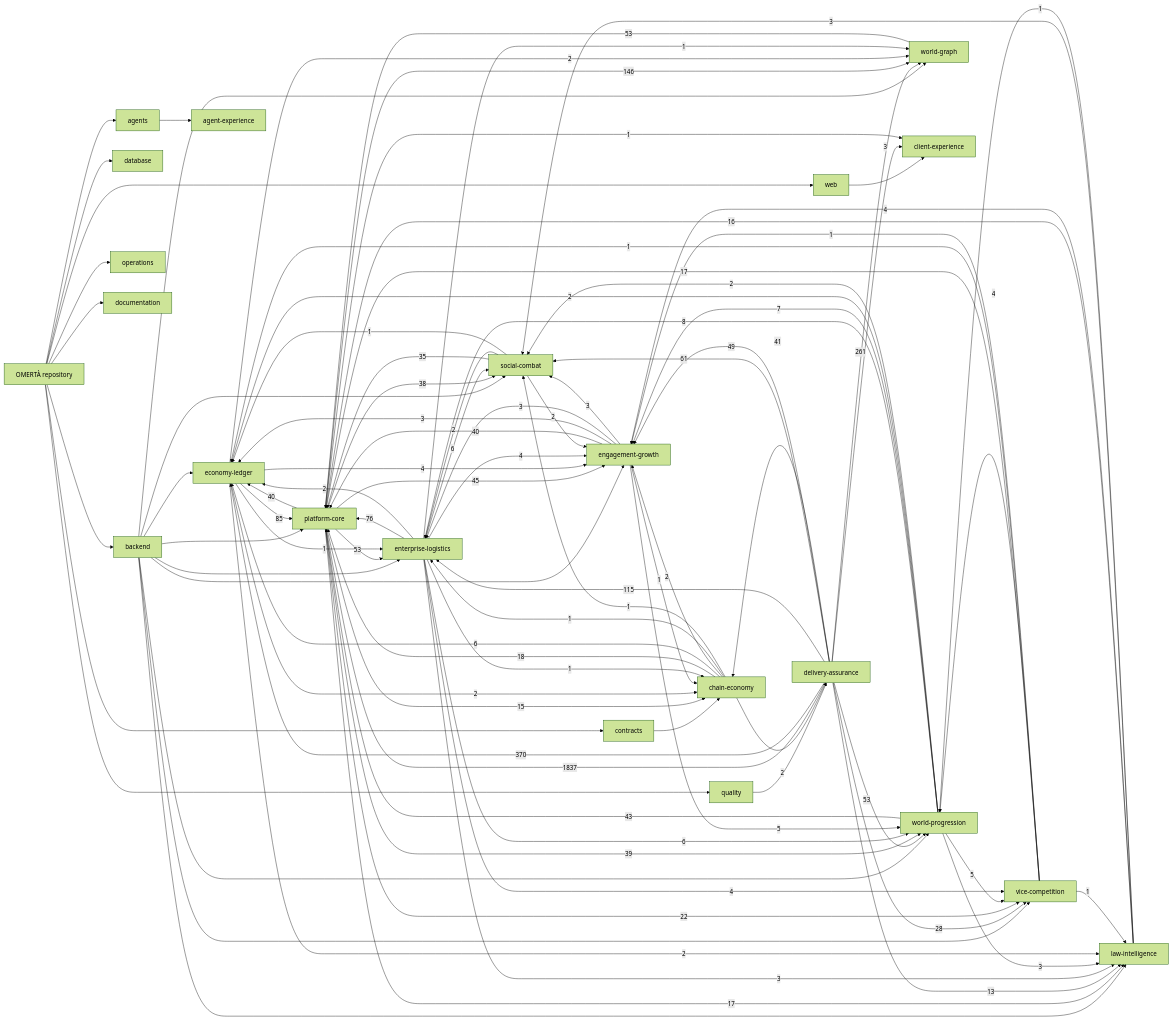
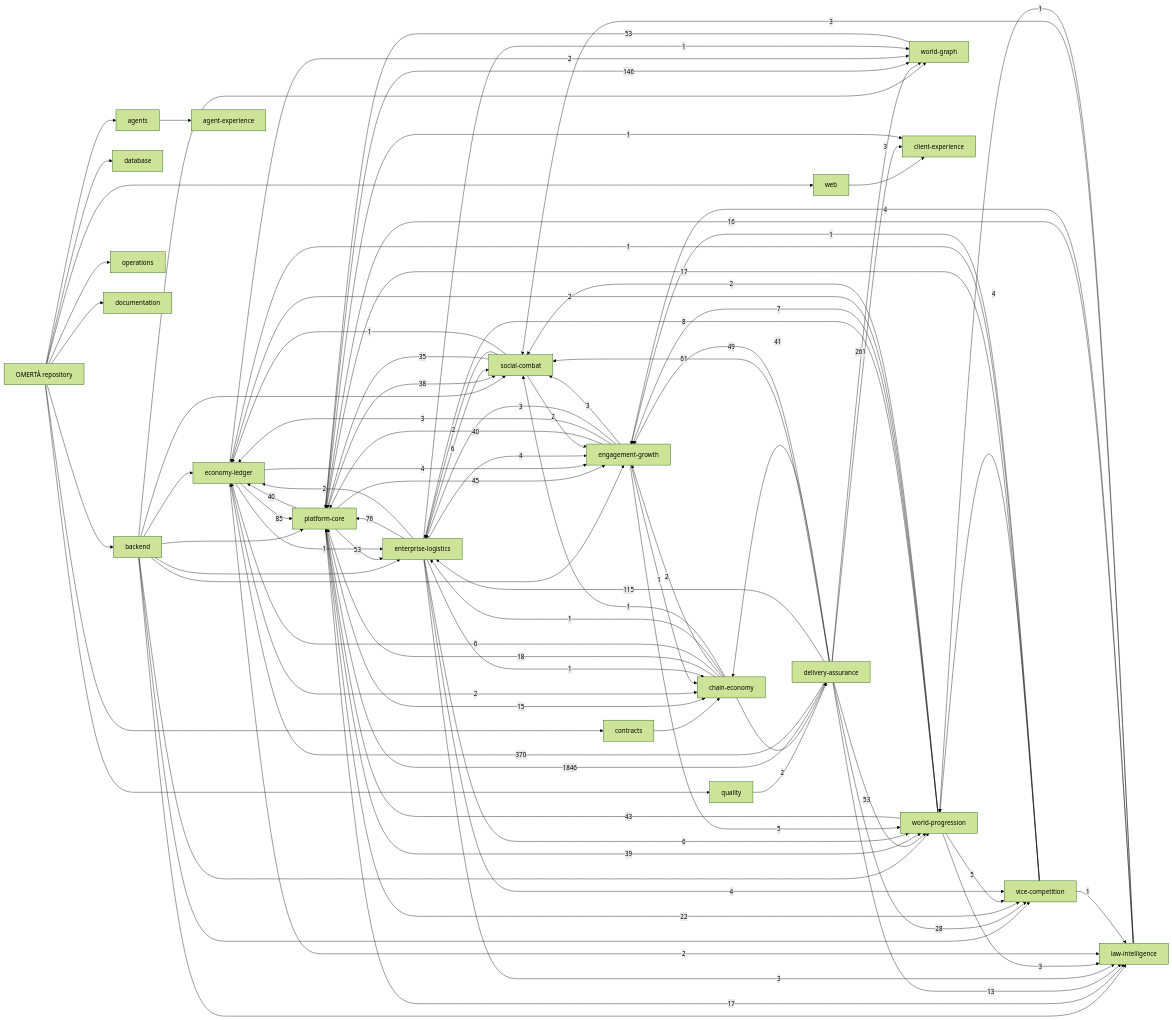
Before and after one commit to OmertaDev/Omerta: the diagram in knowledge/generated/graph.mmd, drawn with Mermaid (forest theme). The commit also changed 6 other files, not shown here.

Commit message:
docs: rebuild repository knowledge graph

```diff
--- a/knowledge/generated/graph.mmd
+++ b/knowledge/generated/graph.mmd
@@ -1,113 +1,113 @@
 flowchart LR
   repo["OMERTÀ repository"]
   sub_backend["backend"]
   repo --> sub_backend
   sub_database["database"]
   repo --> sub_database
   sub_web["web"]
   repo --> sub_web
   sub_contracts["contracts"]
   repo --> sub_contracts
   sub_agents["agents"]
   repo --> sub_agents
   sub_quality["quality"]
   repo --> sub_quality
   sub_operations["operations"]
   repo --> sub_operations
   sub_documentation["documentation"]
   repo --> sub_documentation
   dom_platform-core["platform-core"]
   dom_economy-ledger["economy-ledger"]
   dom_social-combat["social-combat"]
   dom_world-progression["world-progression"]
   dom_world-graph["world-graph"]
   dom_enterprise-logistics["enterprise-logistics"]
   dom_vice-competition["vice-competition"]
   dom_law-intelligence["law-intelligence"]
   dom_chain-economy["chain-economy"]
   dom_engagement-growth["engagement-growth"]
   dom_client-experience["client-experience"]
   dom_agent-experience["agent-experience"]
   dom_delivery-assurance["delivery-assurance"]
   sub_agents --> dom_agent-experience
   sub_backend --> dom_economy-ledger
   sub_backend --> dom_engagement-growth
   sub_backend --> dom_enterprise-logistics
   sub_backend --> dom_law-intelligence
   sub_backend --> dom_platform-core
   sub_backend --> dom_social-combat
   sub_backend --> dom_vice-competition
   sub_backend --> dom_world-graph
   sub_backend --> dom_world-progression
   sub_contracts --> dom_chain-economy
   sub_quality --> dom_delivery-assurance
   sub_web --> dom_client-experience
-  dom_delivery-assurance -->|1837| dom_platform-core
+  dom_delivery-assurance -->|1846| dom_platform-core
   dom_delivery-assurance -->|370| dom_economy-ledger
   dom_delivery-assurance -->|261| dom_world-graph
   dom_platform-core -->|146| dom_world-graph
   dom_delivery-assurance -->|115| dom_enterprise-logistics
   dom_economy-ledger -->|85| dom_platform-core
   dom_enterprise-logistics -->|76| dom_platform-core
   dom_delivery-assurance -->|61| dom_social-combat
   dom_delivery-assurance -->|53| dom_world-progression
   dom_platform-core -->|53| dom_enterprise-logistics
   dom_world-graph -->|53| dom_platform-core
   dom_delivery-assurance -->|49| dom_engagement-growth
   dom_platform-core -->|45| dom_engagement-growth
   dom_world-progression -->|43| dom_platform-core
   dom_delivery-assurance -->|41| dom_chain-economy
   dom_engagement-growth -->|40| dom_platform-core
   dom_platform-core -->|40| dom_economy-ledger
   dom_platform-core -->|39| dom_world-progression
   dom_platform-core -->|38| dom_social-combat
   dom_social-combat -->|35| dom_platform-core
   dom_delivery-assurance -->|28| dom_vice-competition
   dom_platform-core -->|22| dom_vice-competition
   dom_chain-economy -->|18| dom_platform-core
   dom_platform-core -->|17| dom_law-intelligence
   dom_vice-competition -->|17| dom_platform-core
   dom_law-intelligence -->|16| dom_platform-core
   dom_platform-core -->|15| dom_chain-economy
   dom_delivery-assurance -->|13| dom_law-intelligence
   dom_world-progression -->|8| dom_enterprise-logistics
   dom_world-progression -->|7| dom_engagement-growth
   dom_chain-economy -->|6| dom_economy-ledger
   dom_enterprise-logistics -->|6| dom_social-combat
   dom_enterprise-logistics -->|6| dom_world-progression
   dom_engagement-growth -->|5| dom_world-progression
   dom_world-progression -->|5| dom_vice-competition
   dom_economy-ledger -->|4| dom_engagement-growth
   dom_enterprise-logistics -->|4| dom_engagement-growth
   dom_enterprise-logistics -->|4| dom_vice-competition
   dom_law-intelligence -->|4| dom_engagement-growth
   dom_vice-competition -->|4| dom_world-progression
   dom_delivery-assurance -->|3| dom_client-experience
   dom_engagement-growth -->|3| dom_economy-ledger
   dom_engagement-growth -->|3| dom_enterprise-logistics
   dom_engagement-growth -->|3| dom_social-combat
   dom_enterprise-logistics -->|3| dom_law-intelligence
   dom_law-intelligence -->|3| dom_social-combat
   dom_world-progression -->|3| dom_law-intelligence
   dom_chain-economy -->|2| dom_delivery-assurance
   dom_chain-economy -->|2| dom_engagement-growth
   dom_economy-ledger -->|2| dom_chain-economy
   dom_economy-ledger -->|2| dom_law-intelligence
   dom_economy-ledger -->|2| dom_world-graph
   dom_enterprise-logistics -->|2| dom_economy-ledger
   dom_social-combat -->|2| dom_engagement-growth
   dom_social-combat -->|2| dom_enterprise-logistics
   dom_world-progression -->|2| dom_economy-ledger
   dom_world-progression -->|2| dom_social-combat
   dom_chain-economy -->|1| dom_enterprise-logistics
   dom_chain-economy -->|1| dom_social-combat
   dom_economy-ledger -->|1| dom_enterprise-logistics
   dom_engagement-growth -->|1| dom_chain-economy
   dom_enterprise-logistics -->|1| dom_chain-economy
   dom_enterprise-logistics -->|1| dom_world-graph
   dom_law-intelligence -->|1| dom_world-progression
   dom_platform-core -->|1| dom_client-experience
   dom_social-combat -->|1| dom_economy-ledger
   dom_vice-competition -->|1| dom_economy-ledger
   dom_vice-competition -->|1| dom_engagement-growth
   dom_vice-competition -->|1| dom_law-intelligence
```
